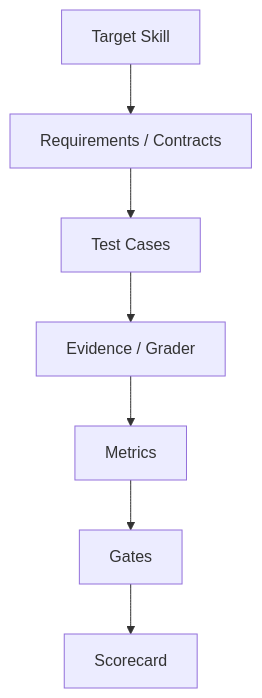
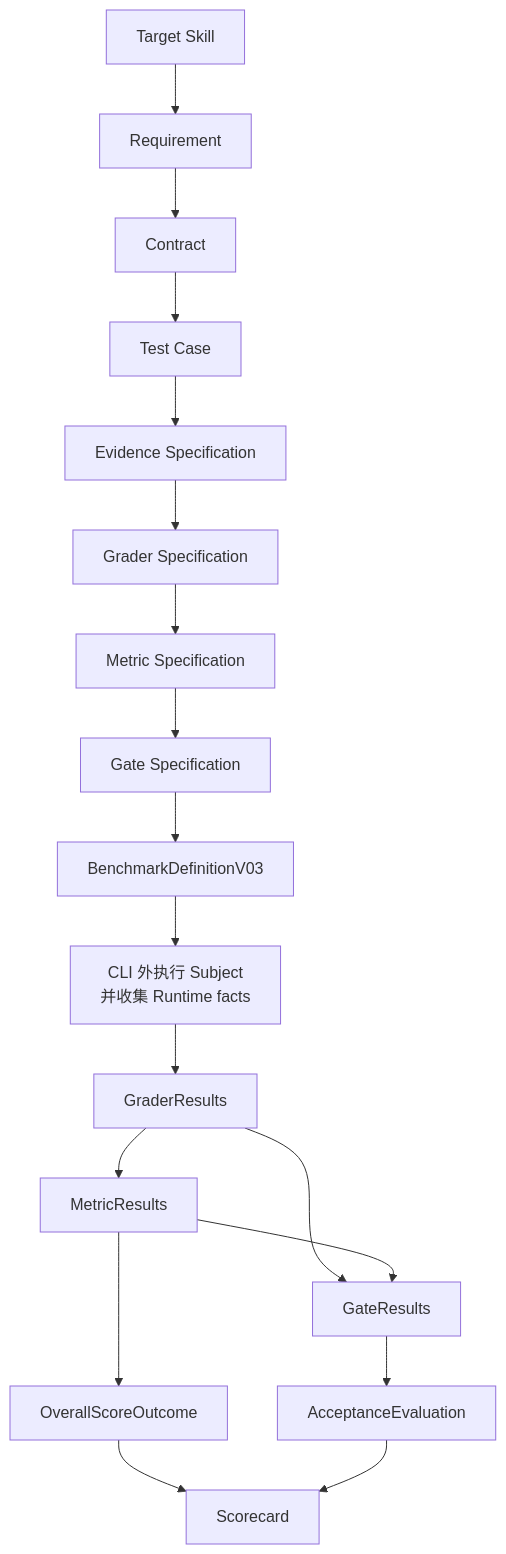
One commit to m0nesy-mvp/skill-eval-framework changed the diagram in README.md. Above: the diagram before and after it, drawn with Mermaid. The commit also changed other lines of this file and 13 other files, not shown here.

````diff
--- a/README.md
+++ b/README.md
@@ -19,9 +19,20 @@
 ```mermaid
 flowchart TD
-    S[Target Skill] --> R[Requirements / Contracts]
-    R --> T[Test Cases]
-    T --> E[Evidence / Grader]
-    E --> M[Metrics]
-    M --> G[Gates]
-    G --> C[Scorecard]
+    S[Target Skill] --> R[Requirement]
+    R --> C[Contract]
+    C --> T[Test Case]
+    T --> ES[Evidence Specification]
+    ES --> GS[Grader Specification]
+    GS --> MS[Metric Specification]
+    MS --> GSP[Gate Specification]
+    GSP --> D[BenchmarkDefinitionV03]
+    D --> RT[CLI 外执行 Subject<br/>并收集 Runtime facts]
+    RT --> GR[GraderResults]
+    GR --> MR[MetricResults]
+    GR --> GAR[GateResults]
+    MR --> GAR
+    MR --> O[OverallScoreOutcome]
+    GAR --> A[AcceptanceEvaluation]
+    O --> SC[Scorecard]
+    A --> SC
 ```
````
